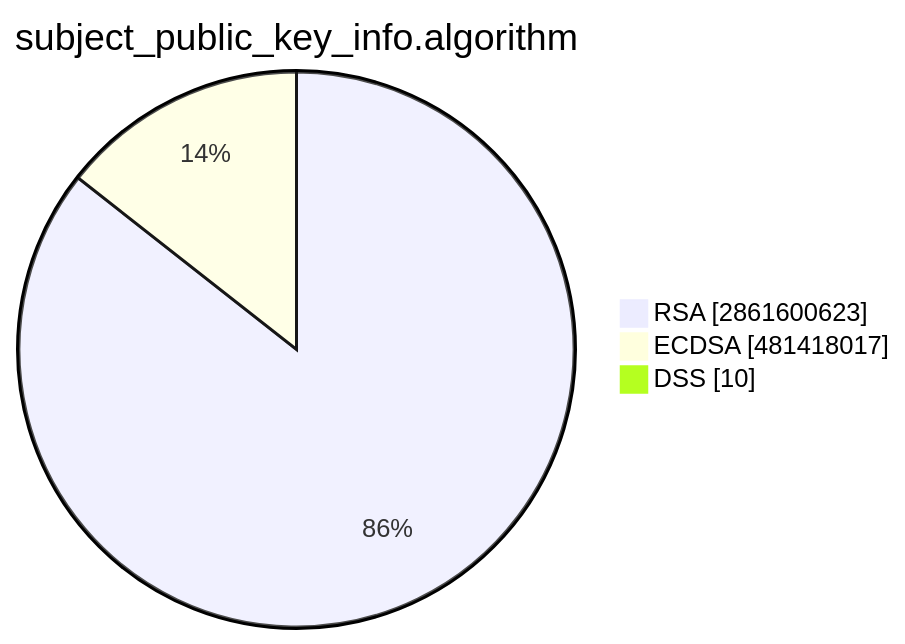
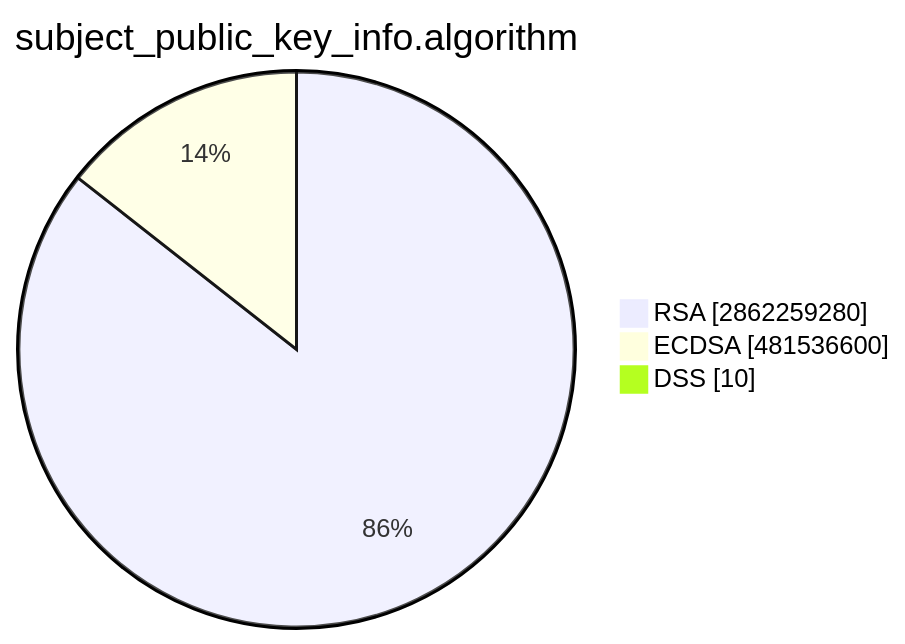
One commit to christiankrug/ctmonitor_visualization changed the second of 15 diagrams in TOTAL/README.md. Above: the diagram before and after it, drawn with Mermaid. The commit also changed other lines of this file, not shown here.

````diff
--- a/TOTAL/README.md
+++ b/TOTAL/README.md
@@ -6,7 +6,7 @@
 ```mermaid
 pie showData
 title subject_public_key_info.algorithm
-"RSA" :2861600623
-"ECDSA" :481418017
+"RSA" :2862259280
+"ECDSA" :481536600
 "DSS" :10
 ```
````
